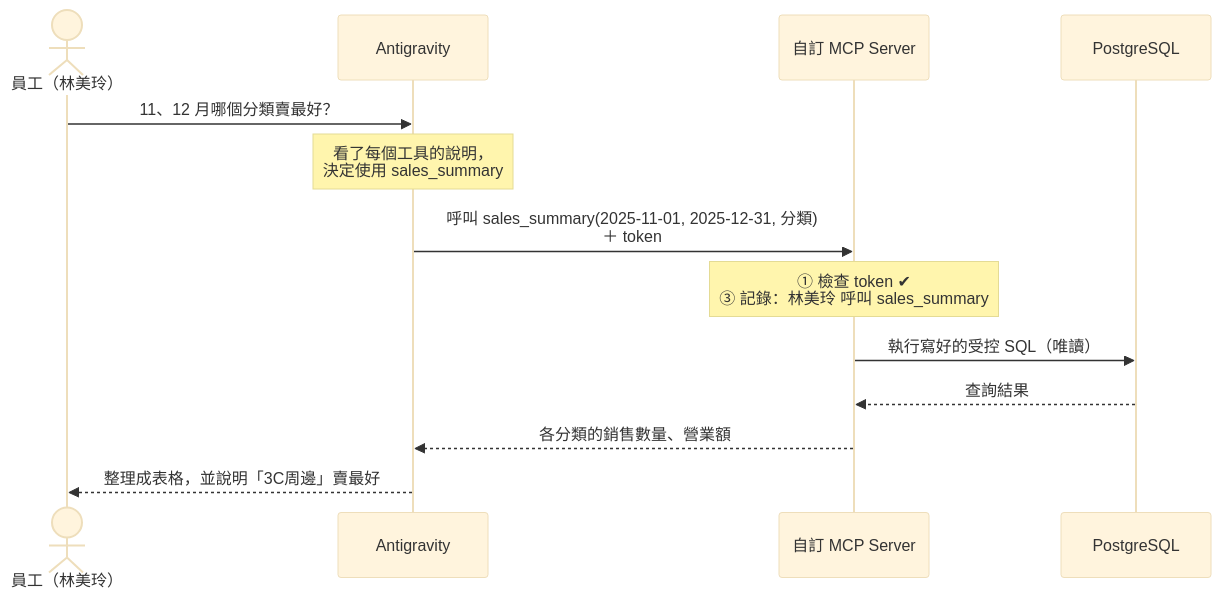
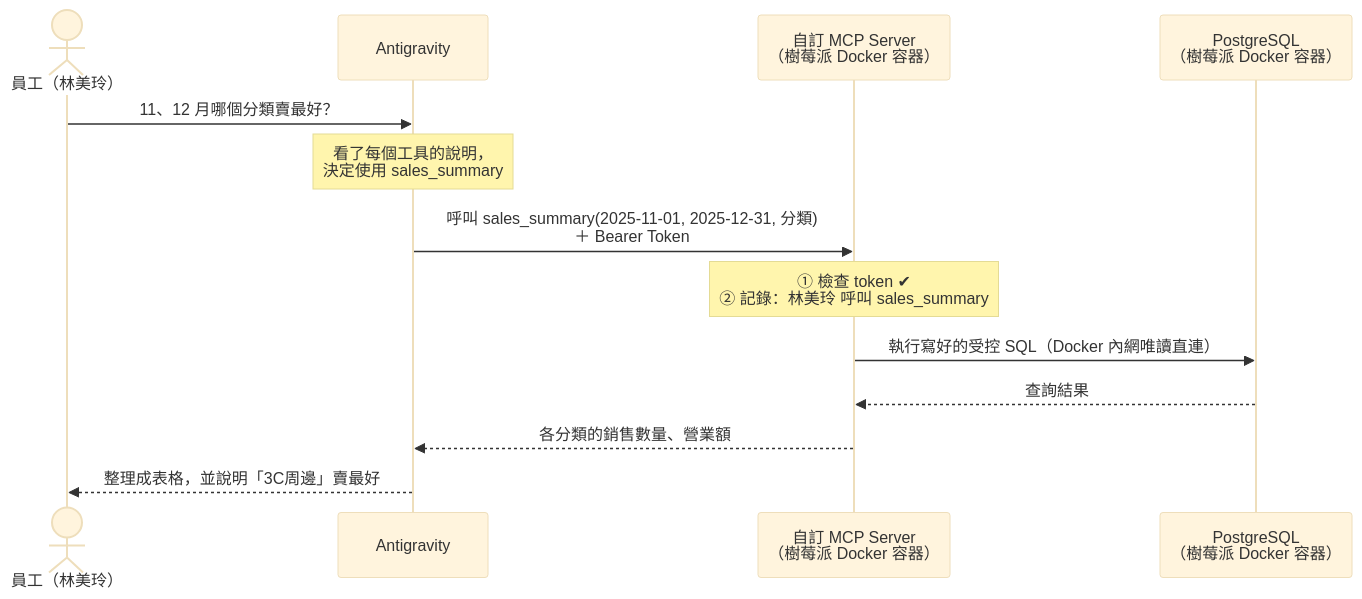
The first of 2 diagrams in mcp_server/README.md (roberthsu2003/postgreSQL_MCP), drawn with Mermaid (base theme) before and after one commit. The commit also changed other lines of this file and 11 other files, not shown here.

````diff
--- a/mcp_server/README.md
+++ b/mcp_server/README.md
@@ -30,16 +31,16 @@
 ```mermaid
 sequenceDiagram
     actor 員工 as 員工（林美玲）
     participant AI as Antigravity
-    participant MCP as 自訂 MCP Server
-    participant DB as PostgreSQL
+    participant MCP as 自訂 MCP Server<br/>（樹莓派 Docker 容器）
+    participant DB as PostgreSQL<br/>（樹莓派 Docker 容器）
 
     員工->>AI: 11、12 月哪個分類賣最好？
     Note over AI: 看了每個工具的說明，<br/>決定使用 sales_summary
-    AI->>MCP: 呼叫 sales_summary(2025-11-01, 2025-12-31, 分類)<br/>＋ token
-    Note over MCP: ① 檢查 token ✔<br/>③ 記錄：林美玲 呼叫 sales_summary
-    MCP->>DB: 執行寫好的受控 SQL（唯讀）
+    AI->>MCP: 呼叫 sales_summary(2025-11-01, 2025-12-31, 分類)<br/>＋ Bearer Token
+    Note over MCP: ① 檢查 token ✔<br/>② 記錄：林美玲 呼叫 sales_summary
+    MCP->>DB: 執行寫好的受控 SQL（Docker 內網唯讀直連）
     DB-->>MCP: 查詢結果
     MCP-->>AI: 各分類的銷售數量、營業額
     AI-->>員工: 整理成表格，並說明「3C周邊」賣最好
 ```
````
